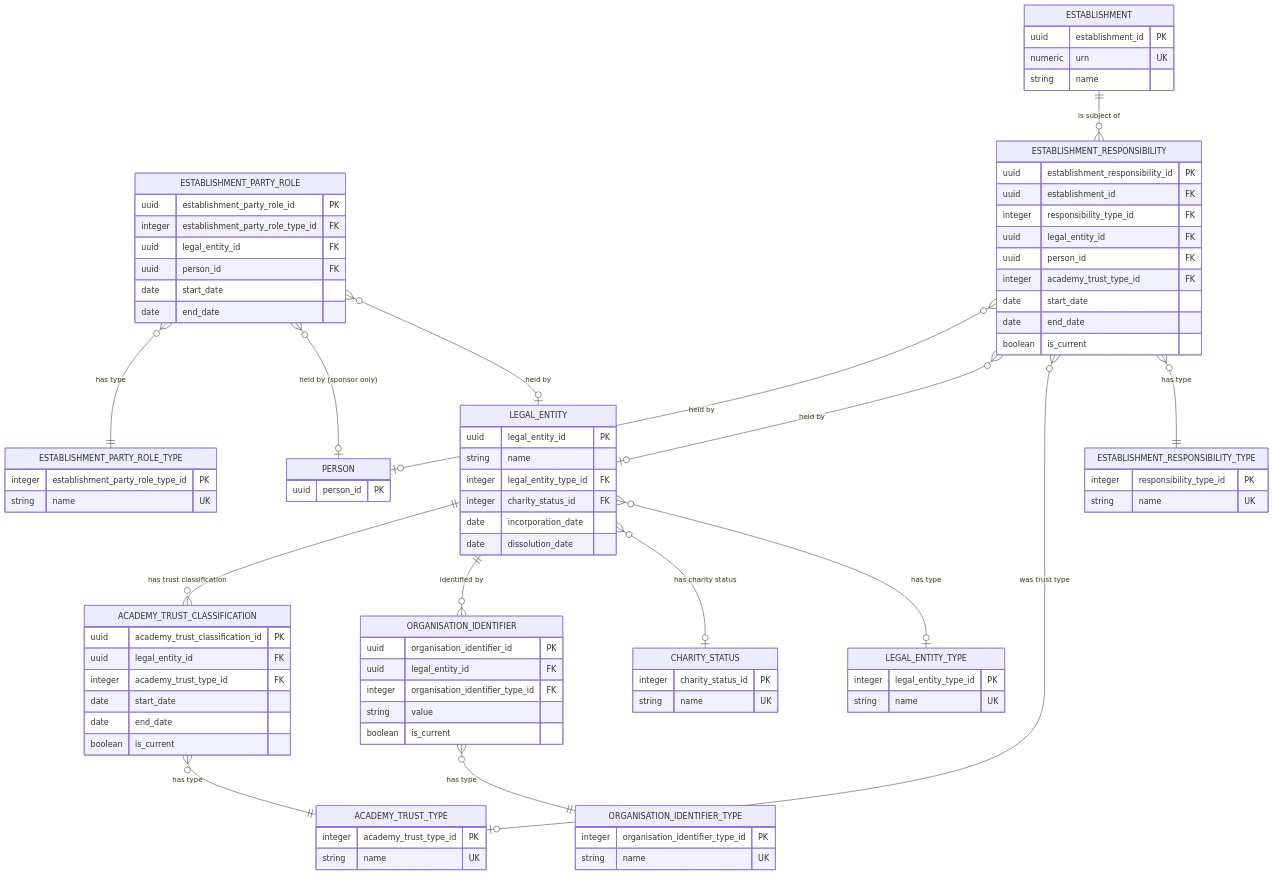
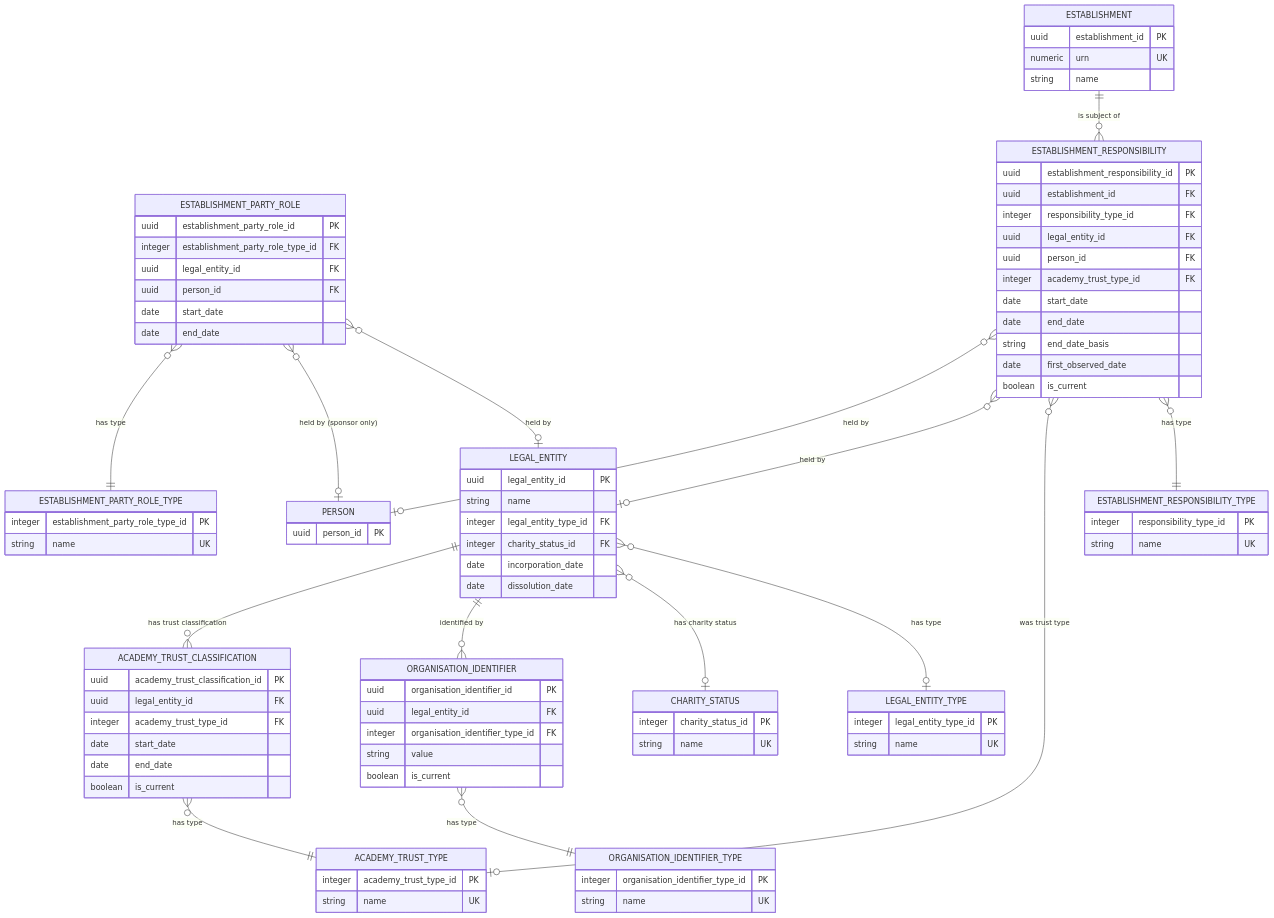
One commit to DFE-Digital/education-provider-registry-docs changed the first of 3 diagrams in models/logical/establishment/establishment-groups-logical-model.md. Above: the diagram before and after it, drawn with Mermaid. The commit also changed other lines of this file and 75 other files, not shown here.

```diff
--- a/models/logical/establishment/establishment-groups-logical-model.md
+++ b/models/logical/establishment/establishment-groups-logical-model.md
@@ -103,6 +103,8 @@
         integer academy_trust_type_id FK
         date start_date
         date end_date
+        string end_date_basis
+        date first_observed_date
         boolean is_current
     }
     ESTABLISHMENT_RESPONSIBILITY_TYPE {
```
